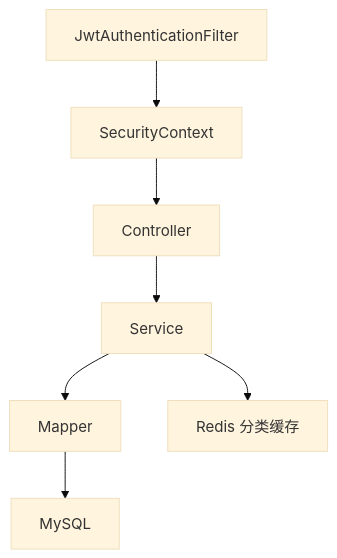
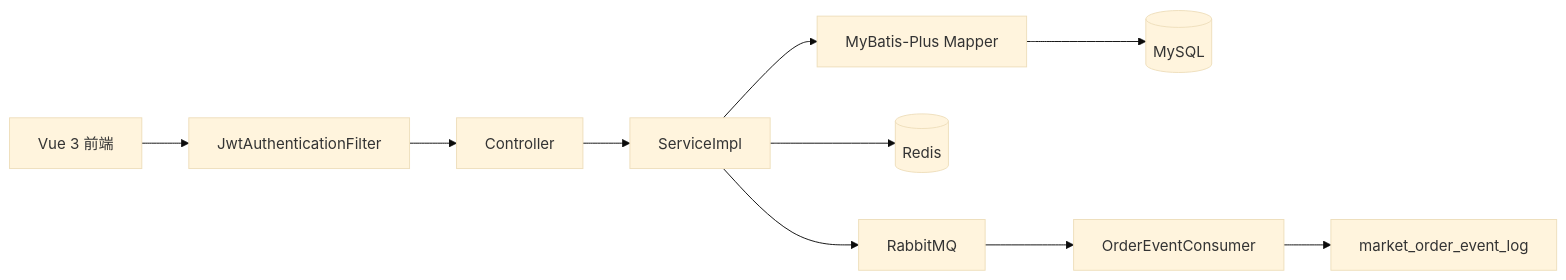
Before and after one commit to SodaWWater/campus-market: the diagram in docs/architecture.md, drawn with Mermaid (base theme). The commit also changed other lines of this file and 57 other files, not shown here.

````diff
--- a/docs/architecture.md
+++ b/docs/architecture.md
@@ -5,9 +3,12 @@
 ```mermaid
-flowchart TD
-    A["Controller"] --> B["Service"]
-    B --> C["Mapper"]
-    C --> D["MySQL"]
-    B --> E["Redis 分类缓存"]
-    F["JwtAuthenticationFilter"] --> G["SecurityContext"]
-    G --> A
+flowchart LR
+  Front["Vue 3 前端"] --> Filter["JwtAuthenticationFilter"]
+  Filter --> Controller["Controller"]
+  Controller --> Service["ServiceImpl"]
+  Service --> Mapper["MyBatis-Plus Mapper"]
+  Mapper --> DB[(MySQL)]
+  Service --> Redis[(Redis)]
+  Service --> MQ["RabbitMQ"]
+  MQ --> Consumer["OrderEventConsumer"]
+  Consumer --> Log["market_order_event_log"]
 ```
````
